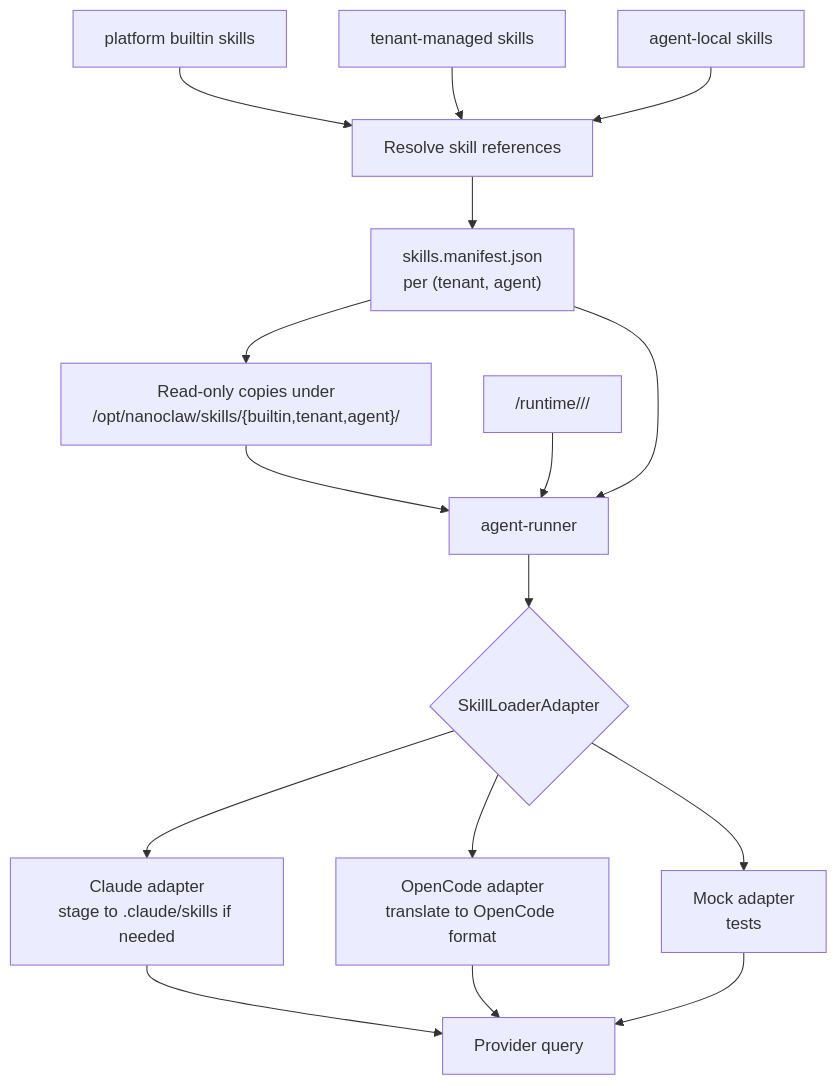
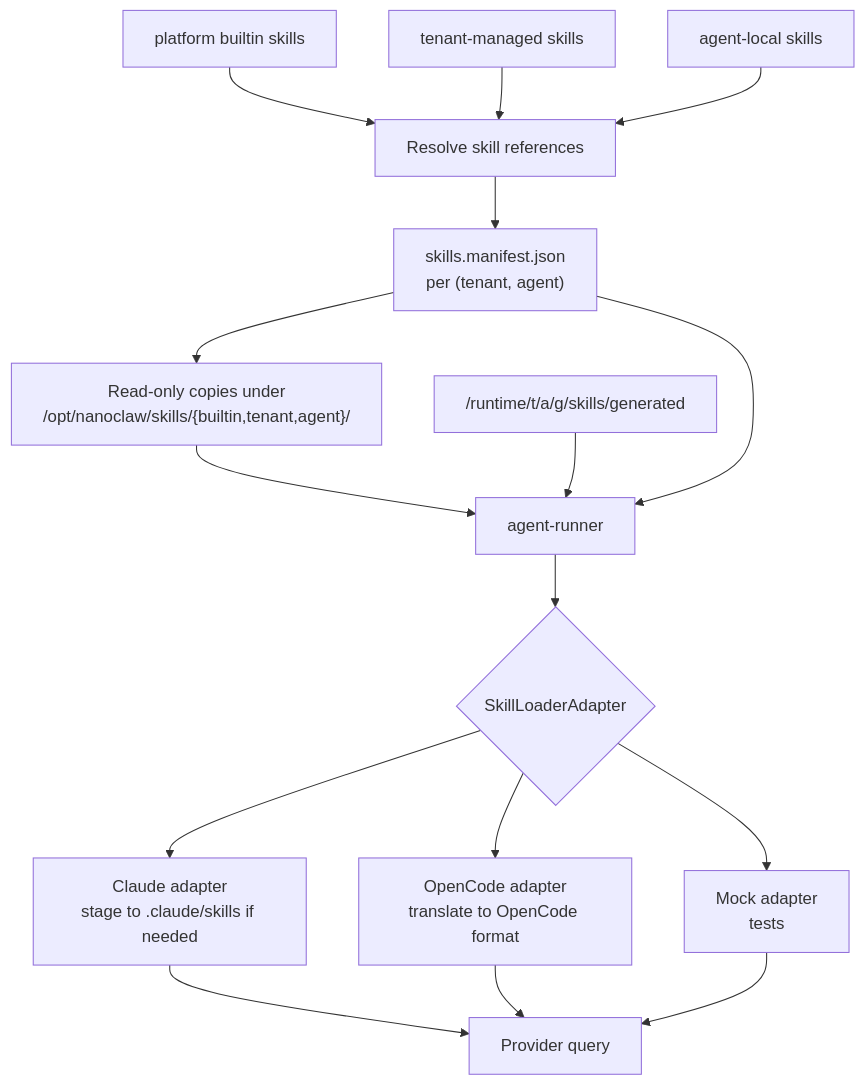
The fourth of 5 diagrams in docs/runtime-rework/TARGET_ARCHITECTURE_DETAILS.md (xi-qian/nanoclaw), drawn with Mermaid before and after one commit. The commit also changed other lines of this file, not shown here.

First line of the commit message:
docs: fix mermaid rendering in target architecture diagrams

````diff
--- a/docs/runtime-rework/TARGET_ARCHITECTURE_DETAILS.md
+++ b/docs/runtime-rework/TARGET_ARCHITECTURE_DETAILS.md
@@ -397,18 +397,18 @@
 ```mermaid
 flowchart TB
   Builtin["platform builtin skills"] --> Resolve["Resolve skill references"]
   Tenant["tenant-managed skills"] --> Resolve
   Agent["agent-local skills"] --> Resolve
   Resolve --> Manifest["skills.manifest.json<br/>per (tenant, agent)"]
   Manifest --> Mounts["Read-only copies under<br/>/opt/nanoclaw/skills/{builtin,tenant,agent}/"]
   Mounts --> Runner["agent-runner"]
-  Generated["/runtime/<t>/<a>/<g>/skills/generated"] --> Runner
+  Generated["/runtime/t/a/g/skills/generated"] --> Runner
   Manifest --> Runner
   Runner --> Adapter{"SkillLoaderAdapter"}
   Adapter --> Claude["Claude adapter<br/>stage to .claude/skills if needed"]
   Adapter --> OpenCode["OpenCode adapter<br/>translate to OpenCode format"]
   Adapter --> Mock["Mock adapter<br/>tests"]
   Claude --> Provider["Provider query"]
   OpenCode --> Provider
   Mock --> Provider
 ```
````
